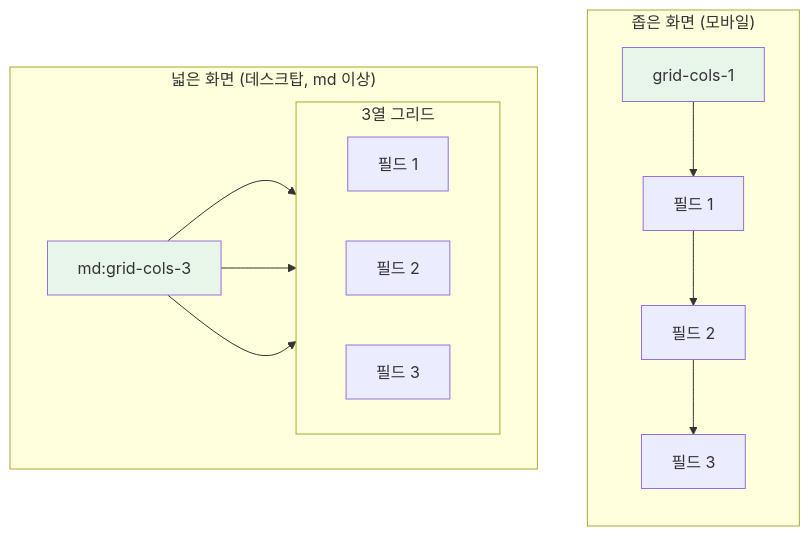
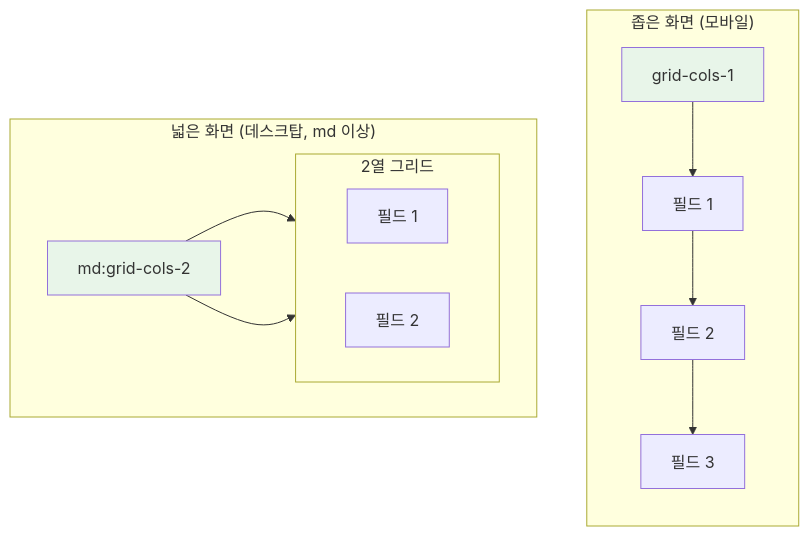
The fourth of 6 diagrams in src/components/ui/ui-input/advanced-search/advanced-search.dev.md (webcodur/next-temp), drawn with Mermaid before and after one commit. The commit also changed other lines of this file and 16 other files, not shown here.

````diff
--- a/src/components/ui/ui-input/advanced-search/advanced-search.dev.md
+++ b/src/components/ui/ui-input/advanced-search/advanced-search.dev.md
@@ -36,24 +126,23 @@
 ```mermaid
 graph TD
     subgraph "좁은 화면 (모바일)"
         direction TB
         G1_M["grid-cols-1"] --> F1_M[필드 1]
         F1_M --> F2_M[필드 2]
         F2_M --> F3_M[필드 3]
     end
 
     subgraph "넓은 화면 (데스크탑, md 이상)"
         direction LR
-        G1_D["md:grid-cols-3"]
-        subgraph "3열 그리드"
+        G1_D["md:grid-cols-2"]
+        subgraph "2열 그리드"
             direction LR
             F1_D[필드 1]
             F2_D[필드 2]
-            F3_D[필드 3]
         end
-        G1_D --> F1_D & F2_D & F3_D
+        G1_D --> F1_D & F2_D
     end
 
     style G1_M fill:#e8f5e9
     style G1_D fill:#e8f5e9
 ```
````
